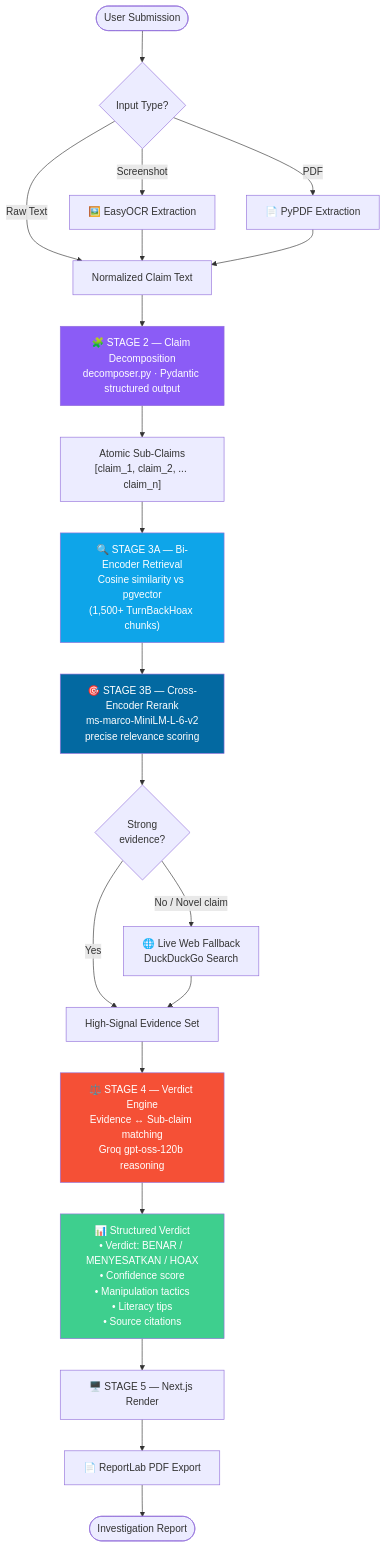
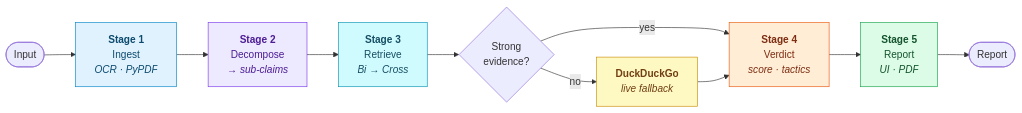
One commit to immanueltampubolon594/vericlaim-ai changed the second of 3 diagrams in README.md. Above: the diagram before and after it, drawn with Mermaid. The commit also changed other lines of this file, not shown here.

````diff
--- a/README.md
+++ b/README.md
@@ -180,32 +199,25 @@
 ```mermaid
-flowchart TD
-    START([User Submission]) --> TYPE{Input Type?}
+flowchart LR
+    IN([Input]) --> S1["<b>Stage 1</b><br/>Ingest<br/><i>OCR · PyPDF</i>"]
+    S1 --> S2["<b>Stage 2</b><br/>Decompose<br/><i>→ sub-claims</i>"]
+    S2 --> S3["<b>Stage 3</b><br/>Retrieve<br/><i>Bi → Cross</i>"]
+    S3 --> CHK{Strong<br/>evidence?}
+    CHK -->|yes| S4["<b>Stage 4</b><br/>Verdict<br/><i>score · tactics</i>"]
+    CHK -->|no| WEB["<b>DuckDuckGo</b><br/><i>live fallback</i>"]
+    WEB --> S4
+    S4 --> S5["<b>Stage 5</b><br/>Report<br/><i>UI · PDF</i>"]
+    S5 --> OUT([Report])
 
-    TYPE -->|Raw Text| NORM[Normalized Claim Text]
-    TYPE -->|Screenshot| OCR["🖼️ EasyOCR Extraction"] --> NORM
-    TYPE -->|PDF| PYPDF["📄 PyPDF Extraction"] --> NORM
-
-    NORM --> DECOMP["🧩 STAGE 2 — Claim Decomposition<br/>decomposer.py · Pydantic structured output"]
-    DECOMP --> SUBCLAIMS["Atomic Sub-Claims<br/>[claim_1, claim_2, ... claim_n]"]
-
-    SUBCLAIMS --> S1["🔍 STAGE 3A — Bi-Encoder Retrieval<br/>Cosine similarity vs pgvector<br/>(1,500+ TurnBackHoax chunks)"]
-    S1 --> S2["🎯 STAGE 3B — Cross-Encoder Rerank<br/>ms-marco-MiniLM-L-6-v2<br/>precise relevance scoring"]
-
-    S2 --> ENOUGH{Strong<br/>evidence?}
-    ENOUGH -->|Yes| EVID[High-Signal Evidence Set]
-    ENOUGH -->|No / Novel claim| FALLBACK["🌐 Live Web Fallback<br/>DuckDuckGo Search"] --> EVID
-
-    EVID --> ENGINE["⚖️ STAGE 4 — Verdict Engine<br/>Evidence ↔ Sub-claim matching<br/>Groq gpt-oss-120b reasoning"]
-
-    ENGINE --> OUT["📊 Structured Verdict<br/>• Verdict: BENAR / MENYESATKAN / HOAX<br/>• Confidence score<br/>• Manipulation tactics<br/>• Literacy tips<br/>• Source citations"]
-
-    OUT --> RENDER["🖥️ STAGE 5 — Next.js Render"]
-    RENDER --> EXPORT["📄 ReportLab PDF Export"]
-    EXPORT --> END([Investigation Report])
-
-    style DECOMP fill:#8b5cf6,color:#fff
-    style S1 fill:#0ea5e9,color:#fff
-    style S2 fill:#0369a1,color:#fff
-    style ENGINE fill:#f55036,color:#fff
-    style OUT fill:#3ecf8e,color:#fff
+    classDef s1 fill:#e0f2fe,stroke:#0284c7,color:#0c4a6e
+    classDef s2 fill:#ede9fe,stroke:#7c3aed,color:#4c1d95
+    classDef s3 fill:#cffafe,stroke:#0891b2,color:#164e63
+    classDef s4 fill:#ffedd5,stroke:#ea580c,color:#7c2d12
+    classDef s5 fill:#dcfce7,stroke:#16a34a,color:#14532d
+    classDef fb fill:#fef9c3,stroke:#ca8a04,color:#713f12
+    class S1 s1
+    class S2 s2
+    class S3 s3
+    class S4 s4
+    class S5 s5
+    class WEB fb
 ```
````
